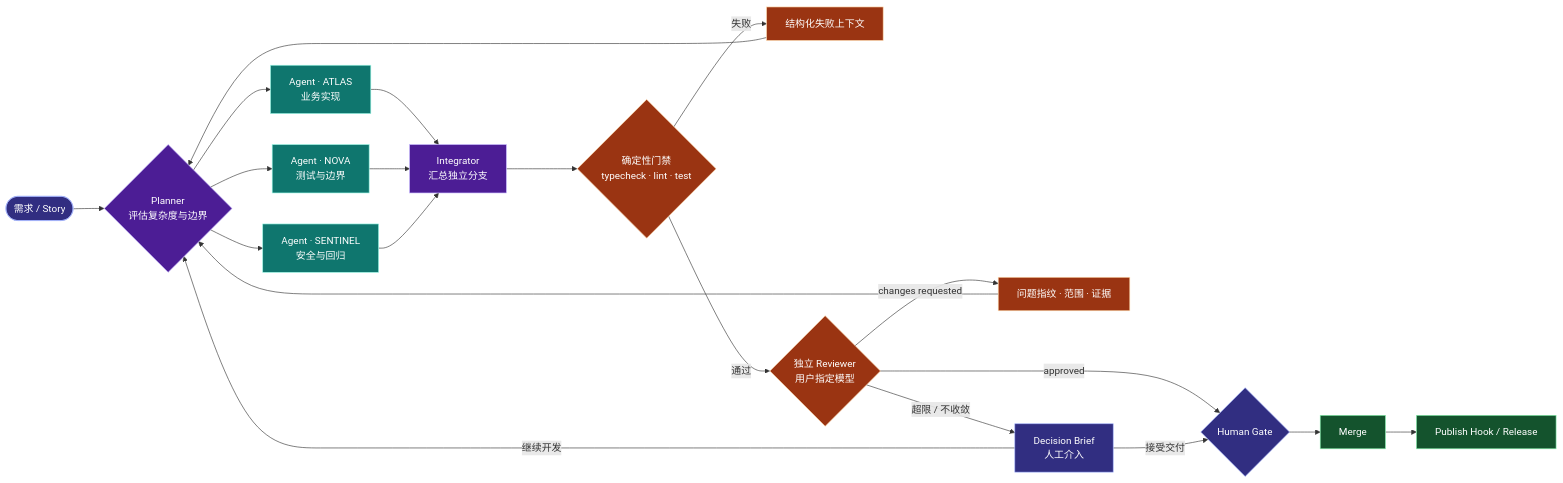
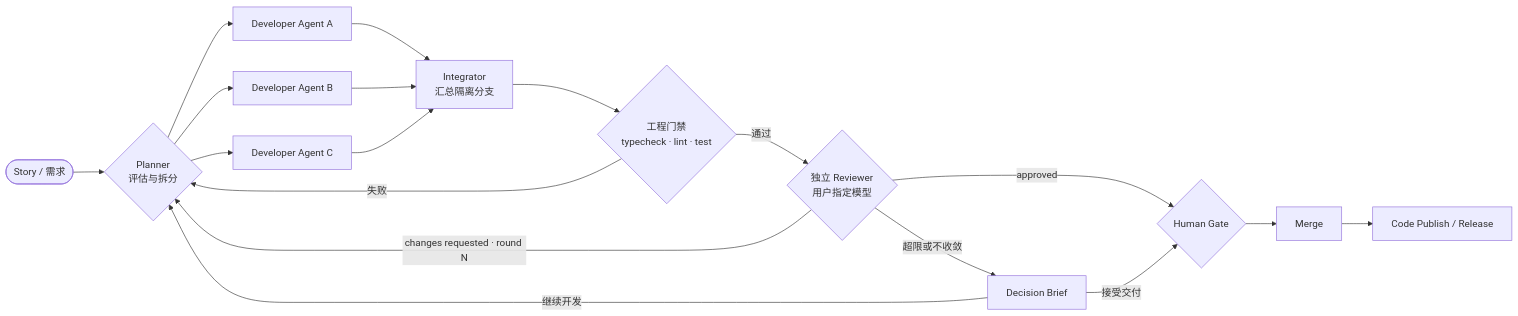
Before and after one commit to free2way/pi_go: the diagram in README.md, drawn with Mermaid. The commit also changed other lines of this file and 40 other files, not shown here.

````diff
--- a/README.md
+++ b/README.md
@@ -49,33 +26,20 @@
 ```mermaid
 flowchart LR
-    U([需求 / Story]) --> P{Planner<br/>评估复杂度与边界}
-    P --> A1[Agent · ATLAS<br/>业务实现]
-    P --> A2[Agent · NOVA<br/>测试与边界]
-    P --> A3[Agent · SENTINEL<br/>安全与回归]
-    A1 --> I[Integrator<br/>汇总独立分支]
+    S([Story / 需求]) --> P{Planner<br/>评估与拆分}
+    P --> A1[Developer Agent A]
+    P --> A2[Developer Agent B]
+    P --> A3[Developer Agent C]
+    A1 --> I[Integrator<br/>汇总隔离分支]
     A2 --> I
     A3 --> I
-    I --> C{确定性门禁<br/>typecheck · lint · test}
-    C -->|失败| F[结构化失败上下文]
-    F --> P
-    C -->|通过| R{独立 Reviewer<br/>用户指定模型}
-    R -->|changes requested| X[问题指纹 · 范围 · 证据]
-    X --> P
+    I --> G{工程门禁<br/>typecheck · lint · test}
+    G -->|失败| P
+    G -->|通过| R{独立 Reviewer<br/>用户指定模型}
+    R -->|changes requested · round N| P
     R -->|approved| H{Human Gate}
-    R -->|超限 / 不收敛| B[Decision Brief<br/>人工介入]
-    B -->|继续开发| P
-    B -->|接受交付| H
+    R -->|超限或不收敛| D[Decision Brief]
+    D -->|继续开发| P
+    D -->|接受交付| H
     H --> M[Merge]
-    M --> D[Publish Hook / Release]
-
-    classDef human fill:#312e81,stroke:#a5b4fc,color:#fff;
-    classDef orchestrator fill:#4c1d95,stroke:#c4b5fd,color:#fff;
-    classDef agent fill:#0f766e,stroke:#99f6e4,color:#fff;
-    classDef gate fill:#9a3412,stroke:#fed7aa,color:#fff;
-    classDef delivery fill:#14532d,stroke:#86efac,color:#fff;
-    class U,H,B human;
-    class P,I orchestrator;
-    class A1,A2,A3 agent;
-    class C,R,F,X gate;
-    class M,D delivery;
+    M --> X[Code Publish / Release]
 ```
````
